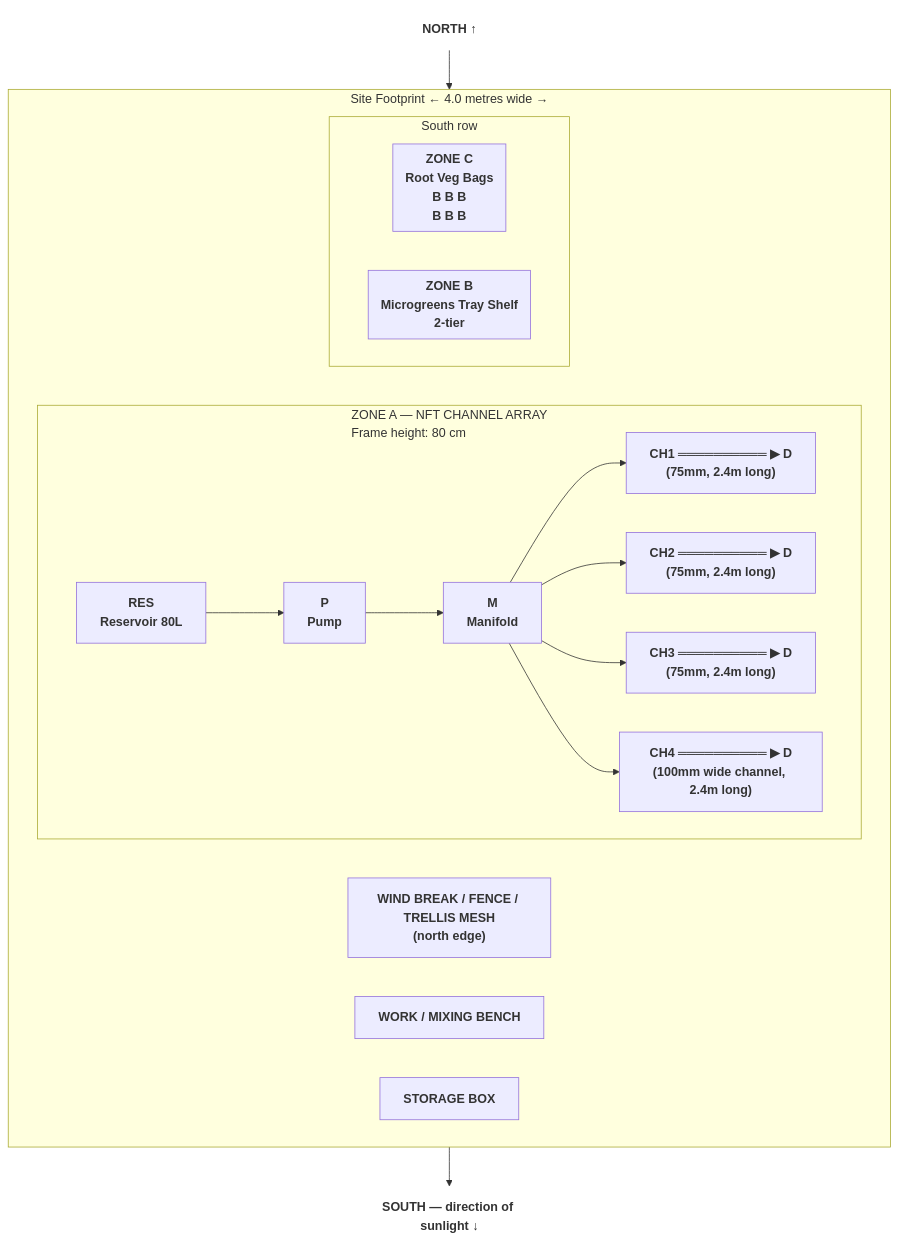
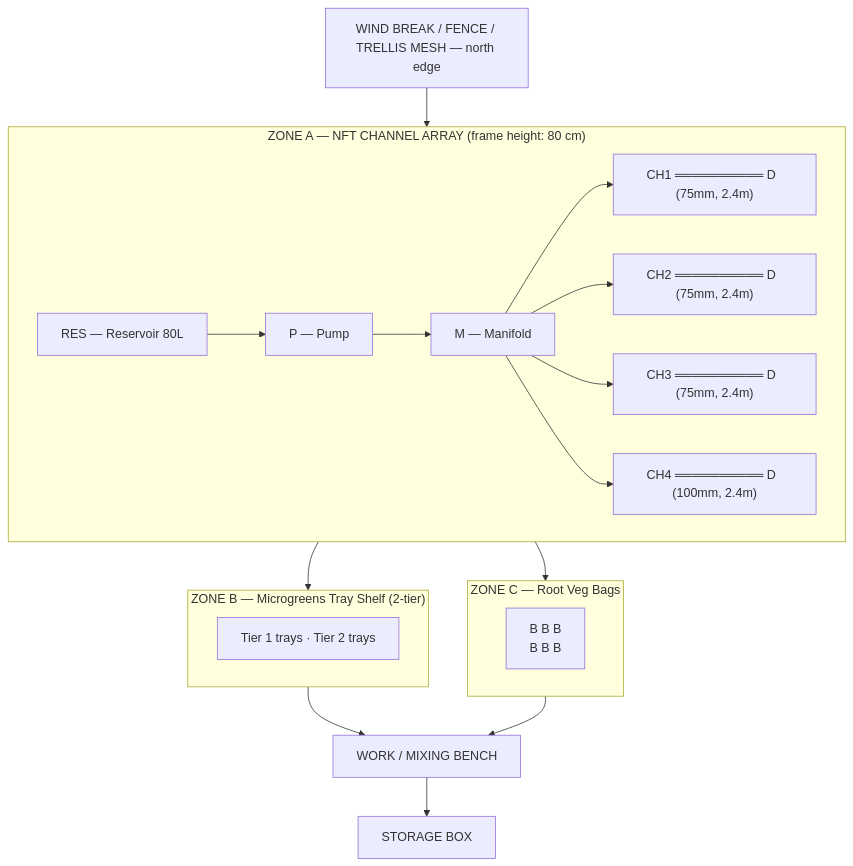
The first of 11 diagrams in zones.md (UncleJS/guide_hydroponics), drawn with Mermaid before and after one commit. The commit also changed other lines of this file and 12 other files, not shown here.

````diff
--- a/zones.md
+++ b/zones.md
@@ -16,34 +18,30 @@
 ```mermaid
 flowchart TD
-    NORTH["NORTH ↑"]:::label
-    SOUTH["SOUTH — direction of sunlight ↓"]:::label
+    WB["WIND BREAK / FENCE / TRELLIS MESH — north edge"]
 
-    subgraph SITE["Site Footprint  ←  4.0 metres wide  →"]
-        WB["WIND BREAK / FENCE / TRELLIS MESH<br/>(north edge)"]
-
-        subgraph ZA["ZONE A — NFT CHANNEL ARRAY<br/>Frame height: 80 cm"]
-            direction LR
-            RES["RES<br/>Reservoir 80L"] --> P["P<br/>Pump"] --> M["M<br/>Manifold"]
-            M --> CH1["CH1 ══════════ ▶ D<br/>(75mm, 2.4m long)"]
-            M --> CH2["CH2 ══════════ ▶ D<br/>(75mm, 2.4m long)"]
-            M --> CH3["CH3 ══════════ ▶ D<br/>(75mm, 2.4m long)"]
-            M --> CH4["CH4 ══════════ ▶ D<br/>(100mm wide channel, 2.4m long)"]
-        end
-
-        subgraph SOUTH_ROW["South row"]
-            direction LR
-            subgraph ZB["ZONE B<br/>Microgreens Tray Shelf<br/>2-tier"]
-            end
-            subgraph ZC["ZONE C<br/>Root Veg Bags<br/>B B B<br/>B B B"]
-            end
-        end
-
-        BENCH["WORK / MIXING BENCH"]
-        STORE["STORAGE BOX"]
+    subgraph ZA["ZONE A — NFT CHANNEL ARRAY  (frame height: 80 cm)"]
+        RES["RES — Reservoir 80L"] --> P["P — Pump"] --> M["M — Manifold"]
+        M --> CH1["CH1 ══════════ D  (75mm, 2.4m)"]
+        M --> CH2["CH2 ══════════ D  (75mm, 2.4m)"]
+        M --> CH3["CH3 ══════════ D  (75mm, 2.4m)"]
+        M --> CH4["CH4 ══════════ D  (100mm, 2.4m)"]
     end
 
-    NORTH --> SITE
-    SITE --> SOUTH
+    subgraph ZB["ZONE B — Microgreens Tray Shelf  (2-tier)"]
+        B["Tier 1 trays · Tier 2 trays"]
+    end
 
-    classDef label fill:none,stroke:none,font-weight:bold
+    subgraph ZC["ZONE C — Root Veg Bags"]
+        C["B B B<br/>B B B"]
+    end
+
+    BENCH["WORK / MIXING BENCH"]
+    STORE["STORAGE BOX"]
+
+    WB --> ZA
+    ZA --> ZB
+    ZA --> ZC
+    ZB --> BENCH
+    ZC --> BENCH
+    BENCH --> STORE
 ```
````
